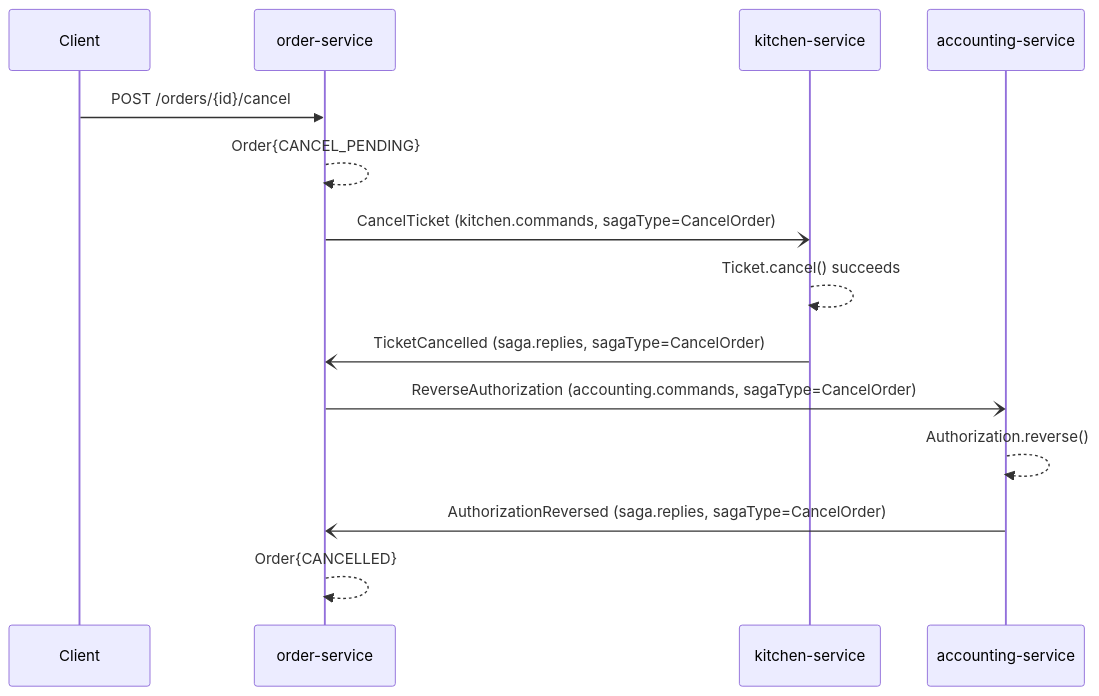
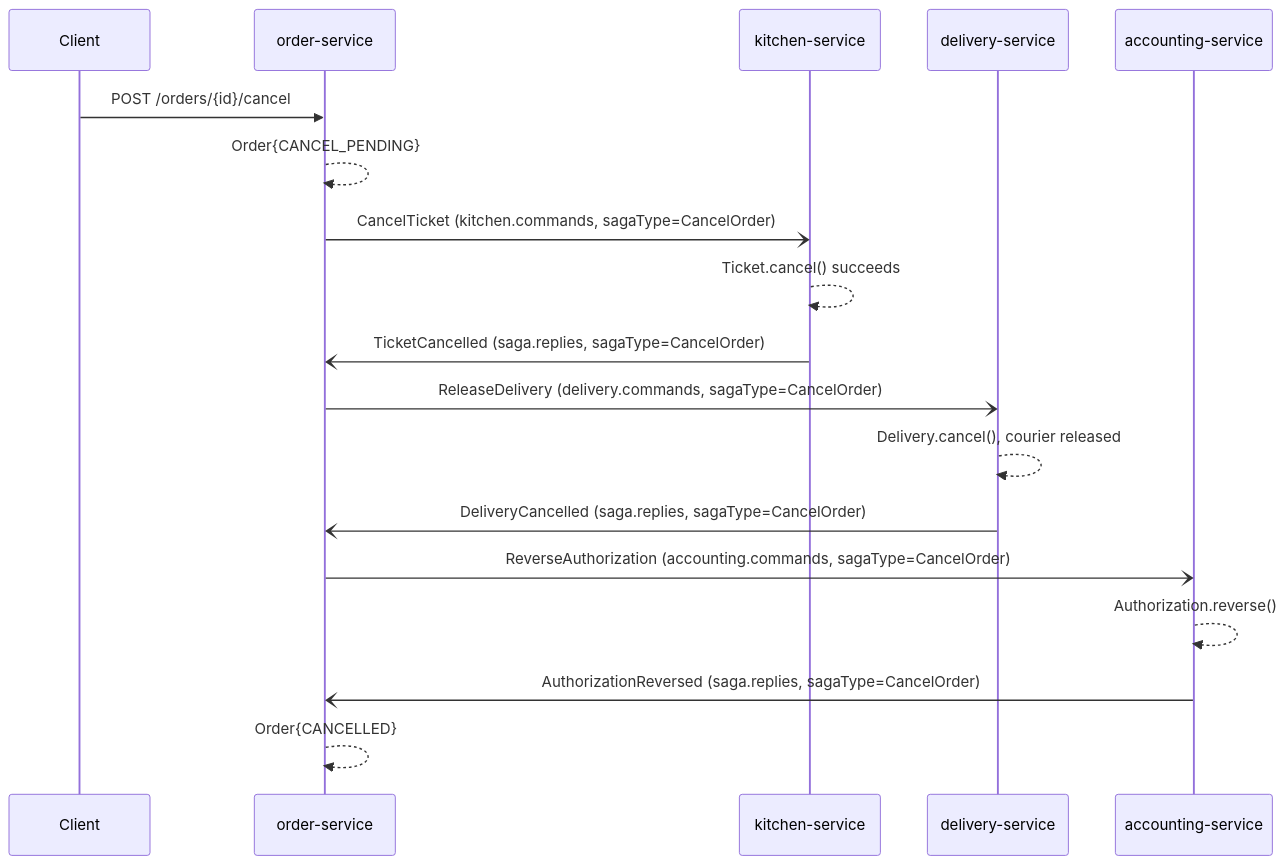
Before and after one commit to sanjaykpradhan10/my-food-to-go-app: diagram 13 of 22 in docs/ARCHITECTURE.md, drawn with Mermaid. The commit also changed other lines of this file and 5 other files, not shown here.

Commit message:
docs: document Delivery aggregate and saga participation across all touched services

````diff
--- a/docs/ARCHITECTURE.md
+++ b/docs/ARCHITECTURE.md
@@ -304,17 +398,21 @@
 ```mermaid
 sequenceDiagram
     participant C as Client
     participant O as order-service
     participant K as kitchen-service
+    participant D as delivery-service
     participant A as accounting-service
 
     C->>O: POST /orders/{id}/cancel
     O-->>O: Order{CANCEL_PENDING}
     O-)K: CancelTicket (kitchen.commands, sagaType=CancelOrder)
     K-->>K: Ticket.cancel() succeeds
     K-)O: TicketCancelled (saga.replies, sagaType=CancelOrder)
+    O-)D: ReleaseDelivery (delivery.commands, sagaType=CancelOrder)
+    D-->>D: Delivery.cancel(), courier released
+    D-)O: DeliveryCancelled (saga.replies, sagaType=CancelOrder)
     O-)A: ReverseAuthorization (accounting.commands, sagaType=CancelOrder)
     A-->>A: Authorization.reverse()
     A-)O: AuthorizationReversed (saga.replies, sagaType=CancelOrder)
     O-->>O: Order{CANCELLED}
 ```
````
